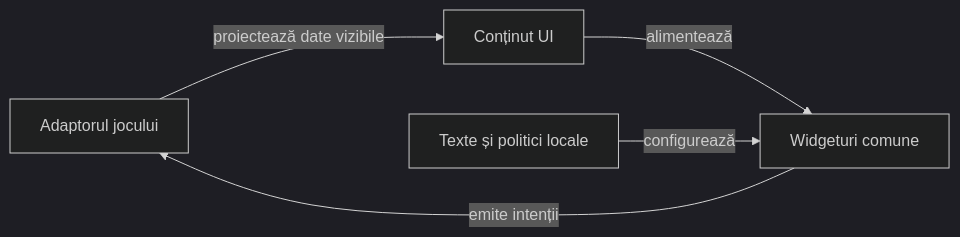
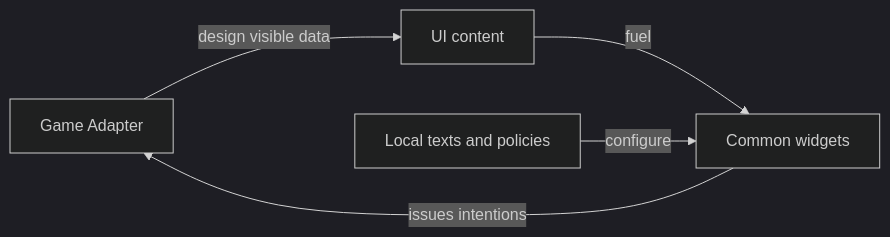
The diagram in whist-lab-app/atf-card-table-ui/README.md (crististefanita/atf_j4), drawn with Mermaid (dark theme) before and after one commit. The commit also changed other lines of this file and 122 other files, not shown here.

````diff
--- a/whist-lab-app/atf-card-table-ui/README.md
+++ b/whist-lab-app/atf-card-table-ui/README.md
@@ -35,7 +35,7 @@
 ```mermaid
 flowchart LR
-    GAME[Adaptorul jocului] -->|proiectează date vizibile| MODEL[Conținut UI]
-    MODEL -->|alimentează| VIEW[Widgeturi comune]
-    VIEW -->|emite intenții| GAME
-    POLICY[Texte și politici locale] -->|configurează| VIEW
+    GAME[Game Adapter] -->|design visible data| MODEL[UI content]
+    MODEL -->|fuel| VIEW[Common widgets]
+    VIEW -->|issues intentions| GAME
+    POLICY[Local texts and policies] -->|configure| VIEW
 ```
````
